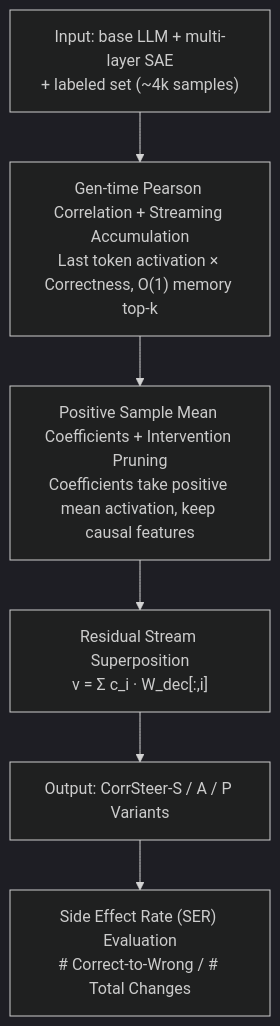
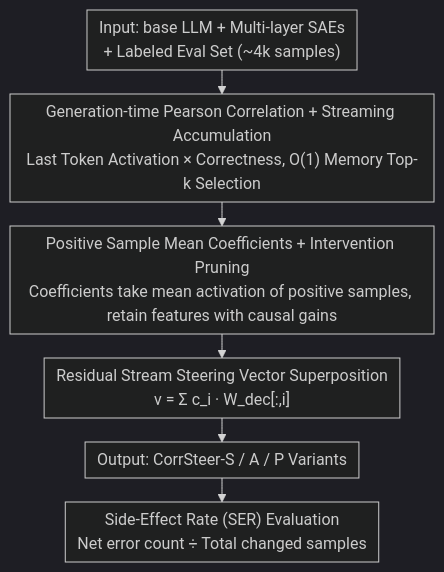
One commit to zhaoyang97/Paper-Notes-en changed the diagram in docs/ICML2026/interpretability/corrsteer_generation-time_llm_steering_via_correlated_sparse_autoencoder_feature.md. Above: the diagram before and after it, drawn with Mermaid (dark theme). The commit also changed other lines of this file and 5084 other files, not shown here.

````diff
--- a/docs/ICML2026/interpretability/corrsteer_generation-time_llm_steering_via_correlated_sparse_autoencoder_feature.md
+++ b/docs/ICML2026/interpretability/corrsteer_generation-time_llm_steering_via_correlated_sparse_autoencoder_feature.md
@@ -41,8 +41,9 @@
 ```mermaid
-graph TD
-    A["Input: base LLM + multi-layer SAE<br/>+ labeled set (~4k samples)"] --> B["Gen-time Pearson Correlation + Streaming Accumulation<br/>Last token activation × Correctness, O(1) memory top-k"]
-    B --> C["Positive Sample Mean Coefficients + Intervention Pruning<br/>Coefficients take positive mean activation, keep causal features"]
-    C --> D["Residual Stream Superposition<br/>v = Σ c_i · W_dec[:,i]"]
+%%{init: {'flowchart': {'rankSpacing': 24, 'nodeSpacing': 28, 'padding': 6, 'wrappingWidth': 400}}}%%
+flowchart TD
+    A["Input: base LLM + Multi-layer SAEs<br/>+ Labeled Eval Set (~4k samples)"] --> B["Generation-time Pearson Correlation + Streaming Accumulation<br/>Last Token Activation × Correctness, O(1) Memory Top-k Selection"]
+    B --> C["Positive Sample Mean Coefficients + Intervention Pruning<br/>Coefficients take mean activation of positive samples, retain features with causal gains"]
+    C --> D["Residual Stream Steering Vector Superposition<br/>v = Σ c_i · W_dec[:,i]"]
     D --> E["Output: CorrSteer-S / A / P Variants"]
-    E --> F["Side Effect Rate (SER) Evaluation<br/># Correct-to-Wrong / # Total Changes"]
+    E --> F["Side-Effect Rate (SER) Evaluation<br/>Net error count ÷ Total changed samples"]
 ```
````
